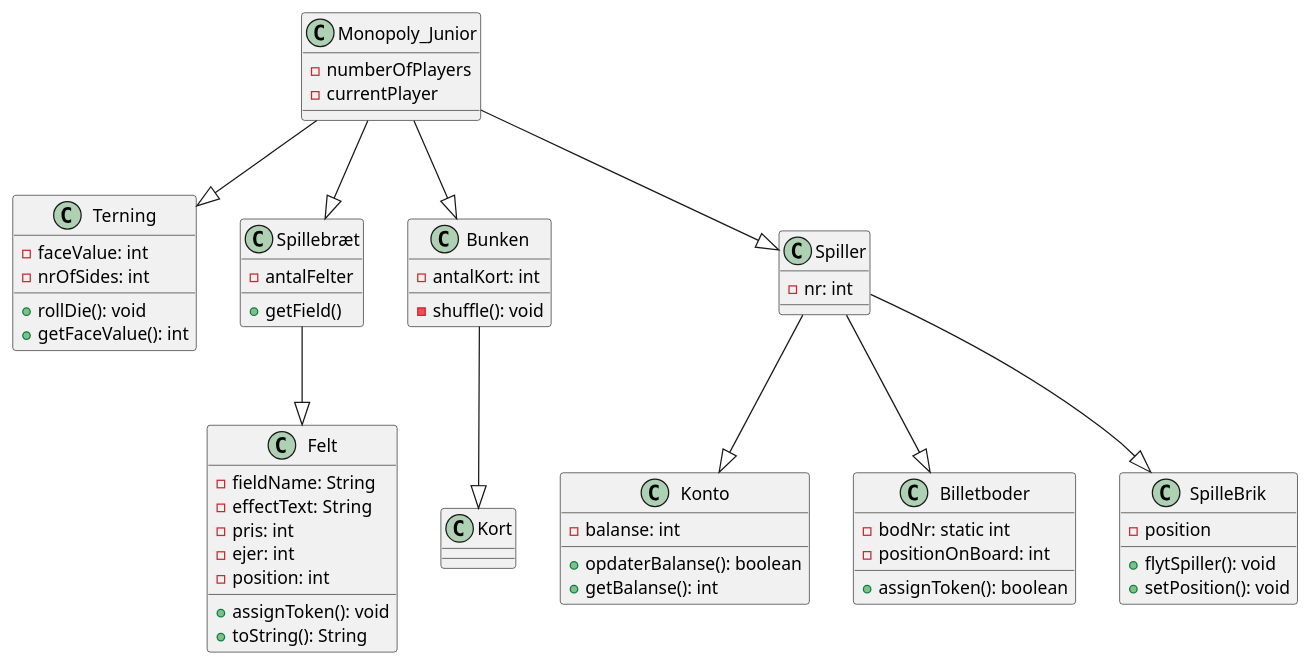
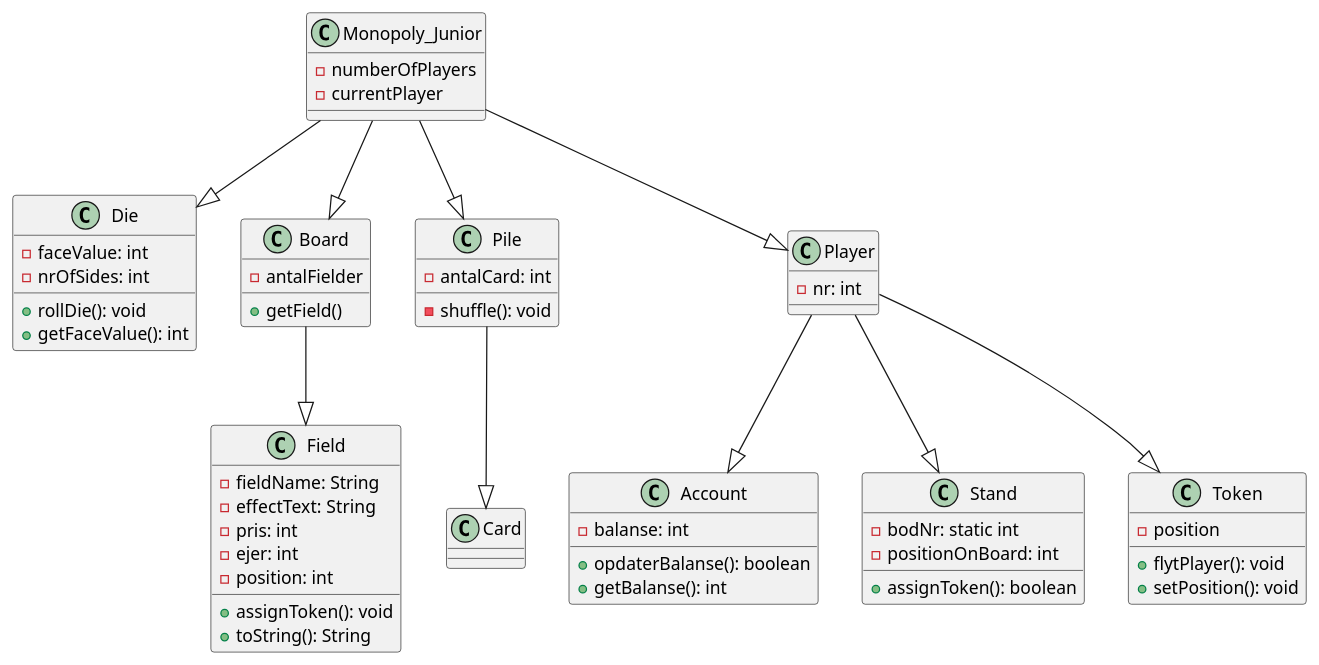
Before and after one commit to Greve2001/CDIO3: the diagram in diagrams/Design klasse diagram.puml, drawn with PlantUML.

Commit message:
Opdateret klasse diagram til engelsk

```diff
--- a/diagrams/Design klasse diagram.puml
+++ b/diagrams/Design klasse diagram.puml
@@ -1,92 +1,92 @@
 @startuml
 'https://plantuml.com/class-diagram
 
 class "Monopoly_Junior" as Game
-class Terning
-class Spillebræt
-class Felt
-class Bunken
-class Kort
-class Spiller
-class Konto
-class Billetboder
-class SpilleBrik
+class Die
+class Board
+class Field
+class Pile
+class Card
+class Player
+class Account
+class Stand
+class Token
 
-Game --|> Terning
-Game --|> Bunken
-Game --|> Spiller
-Game --|> Spillebræt
-Spillebræt --|> Felt
-Spiller --|> Billetboder
-Spiller --|> Konto
-Spiller --|> SpilleBrik
-Bunken --|> Kort
+Game --|> Die
+Game --|> Pile
+Game --|> Player
+Game --|> Board
+Board --|> Field
+Player --|> Stand
+Player --|> Account
+Player --|> Token
+Pile --|> Card
 
 class Game {
     -numberOfPlayers
     -currentPlayer
 }
 
-class Terning {
+class Die {
     -faceValue: int
     -nrOfSides: int
     +rollDie(): void
     +getFaceValue(): int
 }
 
-class Spillebræt {
-    -antalFelter
+class Board {
+    -antalFielder
     +getField()
 }
 
-class Felt {
+class Field {
     -fieldName: String
     -effectText: String
     -pris: int
     -ejer: int
     -position: int
 
     +assignToken(): void
     +toString(): String
 
 }
 
-class Kort {
+class Card {
 
 }
 
-'opdaterBalanse() er lavet som boolean, for at kunne returnere hvis en spiller går bankerot'
-class Konto {
+'opdaterBalanse() er lavet som boolean, for at kunne returnere hvis en Player går bankerot'
+class Account {
     -balanse: int
     +opdaterBalanse(): boolean
     +getBalanse(): int
 }
 
-class Bunken {
-    -antalKort: int
+class Pile {
+    -antalCard: int
     -shuffle(): void
 
 }
 
-class Spiller {
+class Player {
     -nr: int
 }
 
-class SpilleBrik {
+class Token {
     -position
-    +flytSpiller(): void
+    +flytPlayer(): void
     +setPosition(): void
 }
 
 'assignToken er lavet som boolean return i tilfælde af at der ikke er flere tokens'
-class Billetboder {
+class Stand {
     -bodNr: static int
     -positionOnBoard: int
     +assignToken(): boolean
 }
 
 
 
 
 
 @enduml
```
